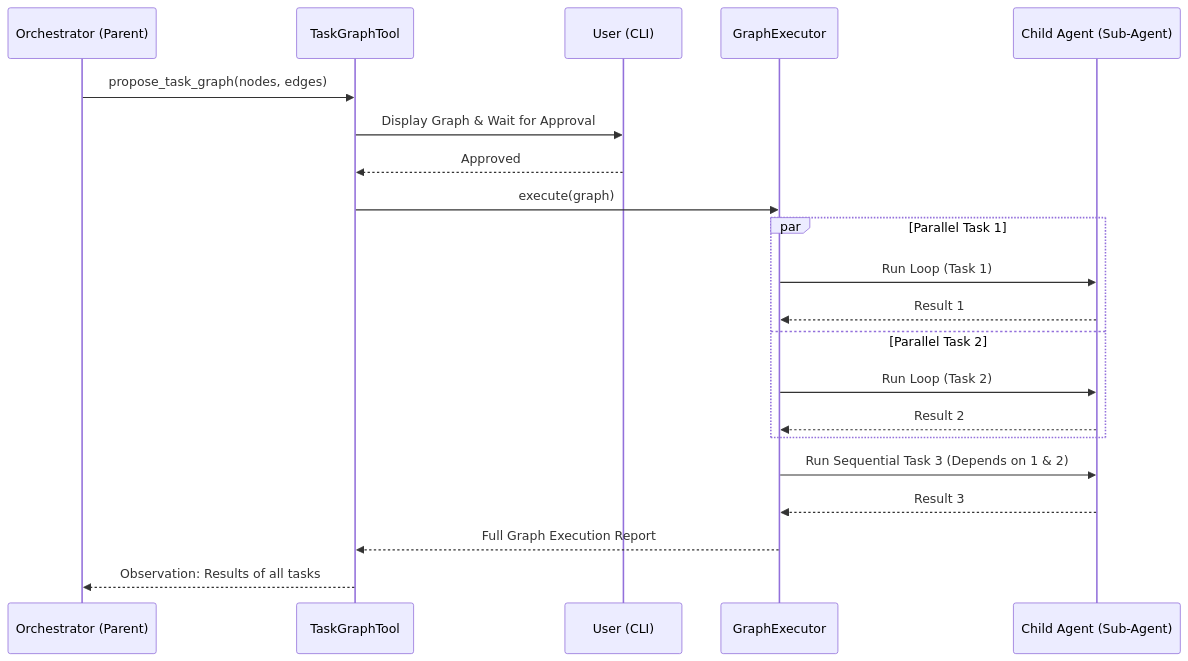
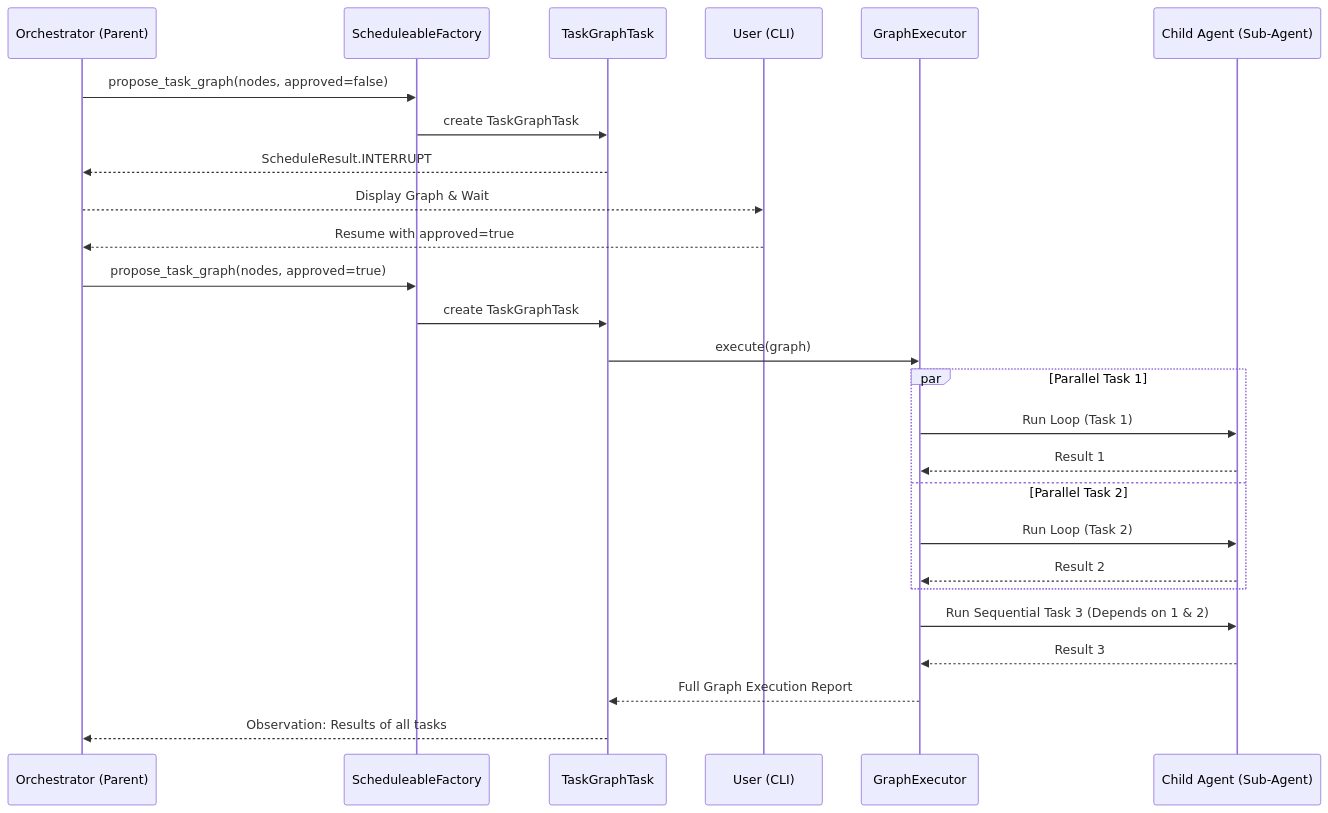
Before and after one commit to stream-iori/ganglia: the diagram in docs/SUB_AGENT_GRAPH_DESIGN.md, drawn with Mermaid. The commit also changed other lines of this file and 52 other files, not shown here.

````diff
--- a/docs/SUB_AGENT_GRAPH_DESIGN.md
+++ b/docs/SUB_AGENT_GRAPH_DESIGN.md
@@ -51,24 +44,29 @@
 ```mermaid
 sequenceDiagram
     participant P as Orchestrator (Parent)
-    participant T as TaskGraphTool
+    participant F as ScheduleableFactory
+    participant T as TaskGraphTask
     participant U as User (CLI)
     participant E as GraphExecutor
     participant C as Child Agent (Sub-Agent)
 
-    P->>T: propose_task_graph(nodes, edges)
-    T->>U: Display Graph & Wait for Approval
-    U-->>T: Approved
+    P->>F: propose_task_graph(nodes, approved=false)
+    F->>T: create TaskGraphTask
+    T-->>P: ScheduleResult.INTERRUPT
+    P-->>U: Display Graph & Wait
+    U-->>P: Resume with approved=true
+    P->>F: propose_task_graph(nodes, approved=true)
+    F->>T: create TaskGraphTask
     T->>E: execute(graph)
     par Parallel Task 1
         E->>C: Run Loop (Task 1)
         C-->>E: Result 1
     and Parallel Task 2
         E->>C: Run Loop (Task 2)
         C-->>E: Result 2
     end
     E->>C: Run Sequential Task 3 (Depends on 1 & 2)
     C-->>E: Result 3
     E-->>T: Full Graph Execution Report
     T-->>P: Observation: Results of all tasks
 ```
````
